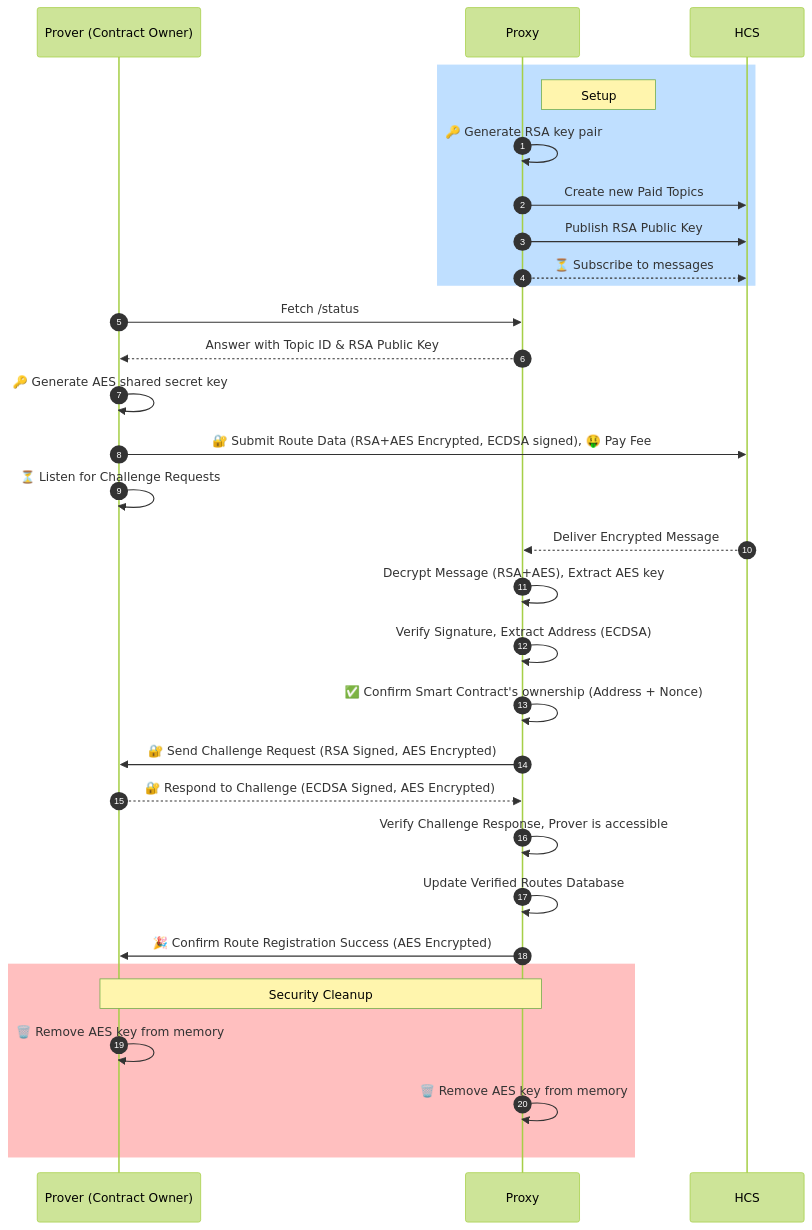
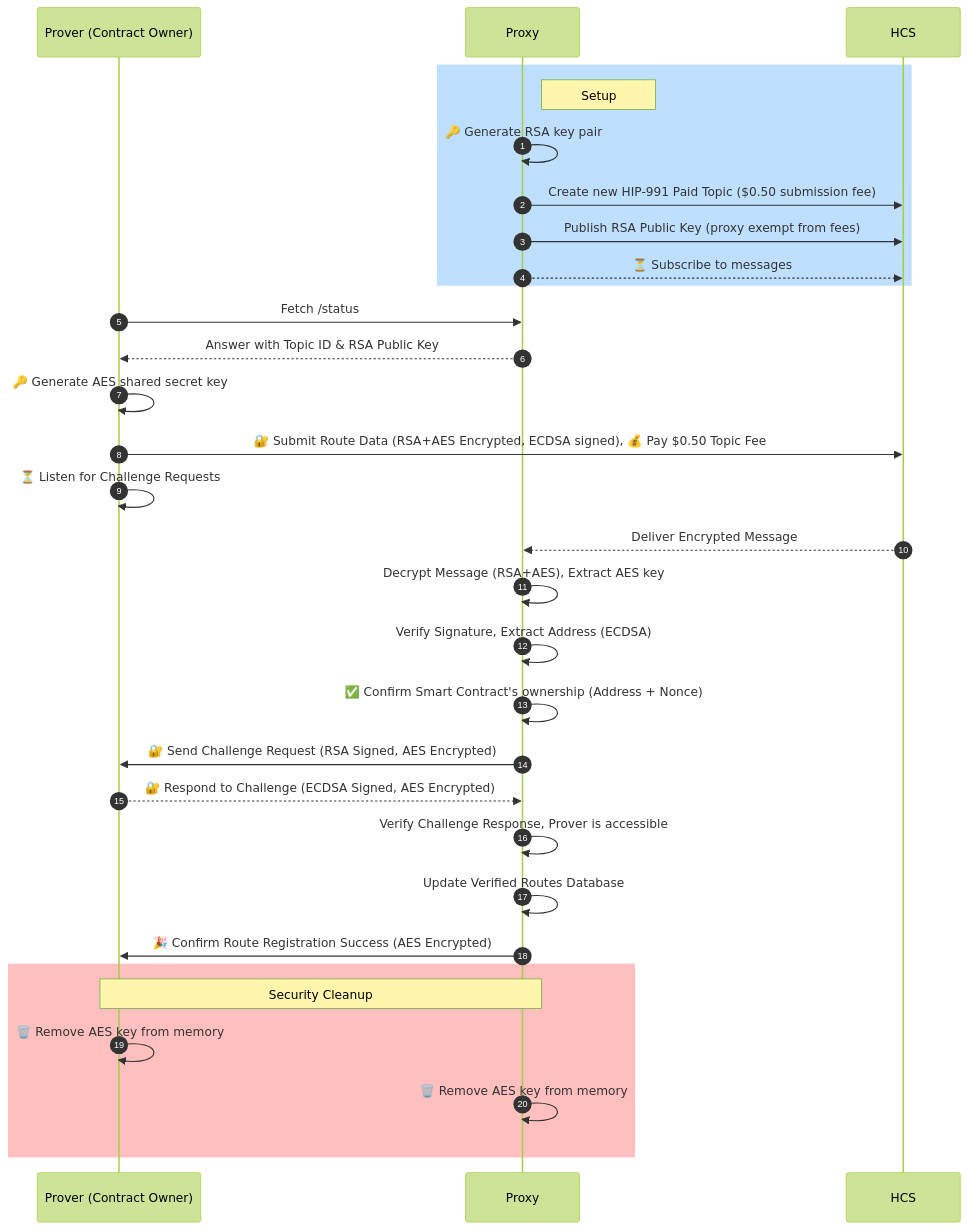
Before and after one commit to InternetOfPeers/hiero-json-rpc-relay-proxy: the diagram in README.md, drawn with Mermaid (forest theme). The commit also changed other lines of this file and 6 other files, not shown here.

First line of the commit message:
feat: Add HIP-991 support for paid topic integration across common, prover, and proxy packages

````diff
--- a/README.md
+++ b/README.md
@@ -37,34 +37,34 @@
 ```mermaid
 sequenceDiagram
   participant Prover as Prover (Contract Owner)
   participant Proxy as Proxy
   participant HCS as HCS
 
   autonumber
   rect rgb(191, 223, 255)
     Note right of Proxy: Setup
     Proxy ->> Proxy: 🔑 Generate RSA key pair
-    Proxy ->> HCS: Create new Paid Topics
-    Proxy ->> HCS: Publish RSA Public Key
+    Proxy ->> HCS: Create new HIP-991 Paid Topic ($0.50 submission fee)
+    Proxy ->> HCS: Publish RSA Public Key (proxy exempt from fees)
     Proxy -->> HCS: ⏳ Subscribe to messages
   end
   Prover ->> Proxy: Fetch /status
   Proxy -->> Prover: Answer with Topic ID & RSA Public Key
   Prover ->> Prover: 🔑 Generate AES shared secret key
-  Prover ->> HCS: 🔐 Submit Route Data (RSA+AES Encrypted, ECDSA signed), 🤑 Pay Fee
+  Prover ->> HCS: 🔐 Submit Route Data (RSA+AES Encrypted, ECDSA signed), 💰 Pay $0.50 Topic Fee
   Prover ->> Prover: ⏳ Listen for Challenge Requests
   HCS -->> Proxy: Deliver Encrypted Message
   Proxy ->> Proxy: Decrypt Message (RSA+AES), Extract AES key
   Proxy ->> Proxy: Verify Signature, Extract Address (ECDSA)
   Proxy ->> Proxy: ✅ Confirm Smart Contract's ownership (Address + Nonce)
   Proxy ->> Prover: 🔐 Send Challenge Request (RSA Signed, AES Encrypted)
   Prover -->> Proxy: 🔐 Respond to Challenge (ECDSA Signed, AES Encrypted)
   Proxy ->> Proxy: Verify Challenge Response, Prover is accessible
   Proxy ->> Proxy: Update Verified Routes Database
   Proxy ->> Prover: 🎉 Confirm Route Registration Success (AES Encrypted)
   rect rgb(255, 191, 191)
     Note over Prover, Proxy: Security Cleanup
     Prover ->> Prover: 🗑️ Remove AES key from memory
     Proxy ->> Proxy: 🗑️ Remove AES key from memory
   end
 ```
````
